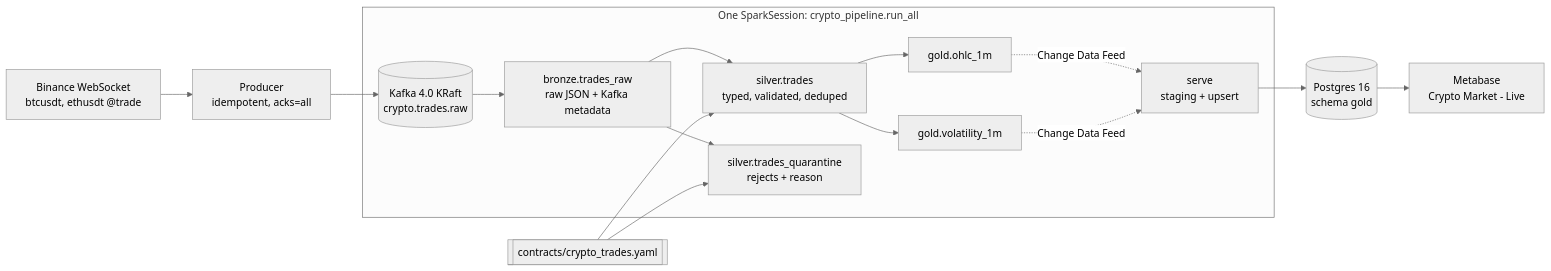
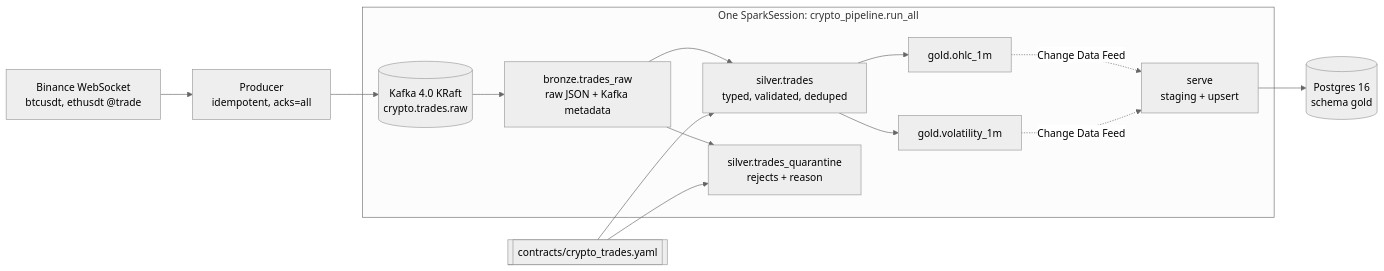
The diagram in README.md (Daudsaid/realtime-crypto-lakehouse), drawn with Mermaid (neutral theme) before and after one commit. The commit also changed other lines of this file and 13 other files, not shown here.

````diff
--- a/README.md
+++ b/README.md
@@ -22,20 +20,19 @@
 ```mermaid
 flowchart LR
     WS["Binance WebSocket<br/>btcusdt, ethusdt @trade"] --> PR["Producer<br/>idempotent, acks=all"]
     PR --> KF[("Kafka 4.0 KRaft<br/>crypto.trades.raw")]
 
     subgraph SP["One SparkSession: crypto_pipeline.run_all"]
         KF --> BR["bronze.trades_raw<br/>raw JSON + Kafka metadata"]
         BR --> SI["silver.trades<br/>typed, validated, deduped"]
         BR --> QU["silver.trades_quarantine<br/>rejects + reason"]
         SI --> OH["gold.ohlc_1m"]
         SI --> VO["gold.volatility_1m"]
         OH -. "Change Data Feed" .-> SV["serve<br/>staging + upsert"]
         VO -. "Change Data Feed" .-> SV
     end
 
     CT[["contracts/crypto_trades.yaml"]] --> SI
     CT --> QU
     SV --> PG[("Postgres 16<br/>schema gold")]
-    PG --> MB["Metabase<br/>Crypto Market - Live"]
 ```
````
